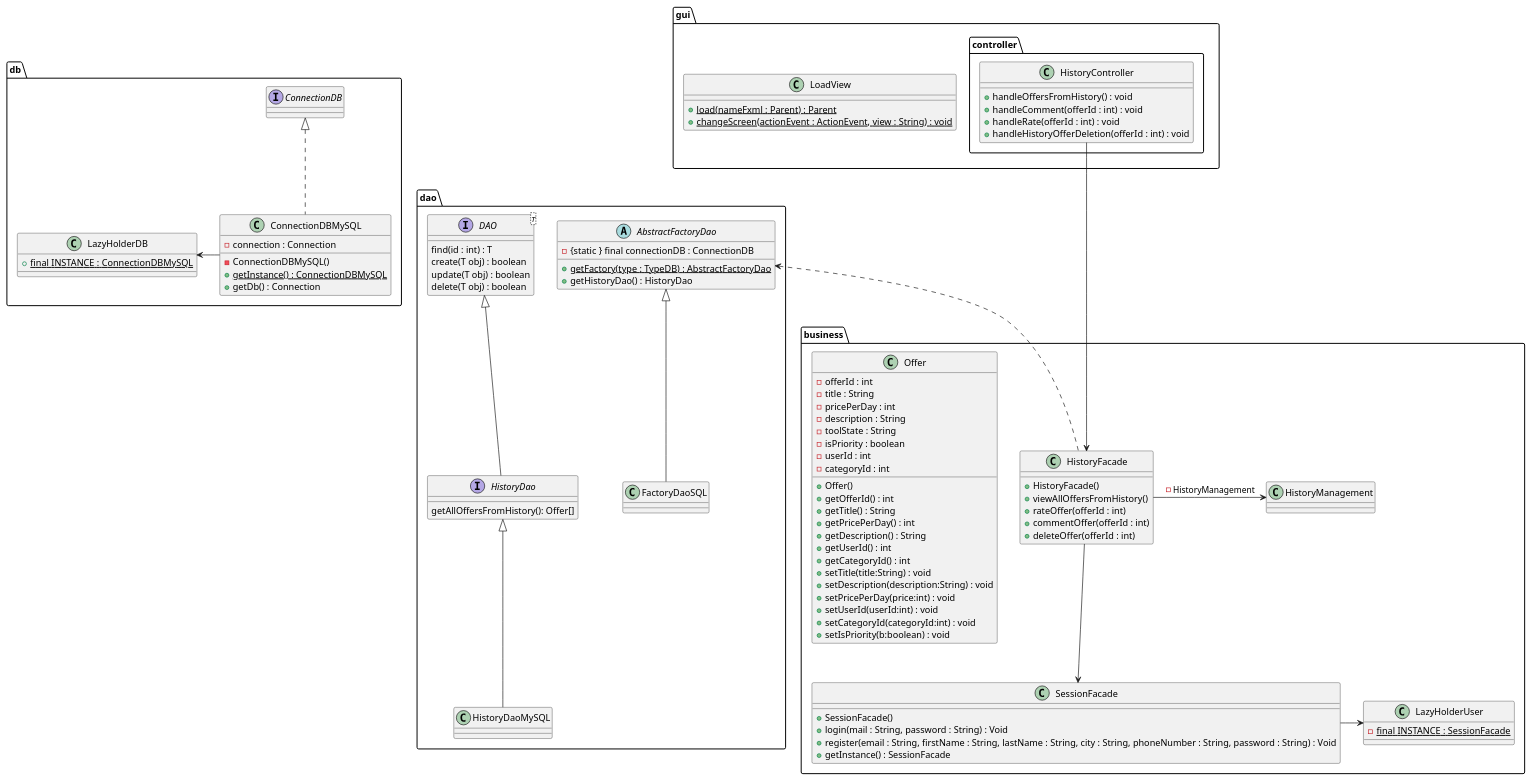
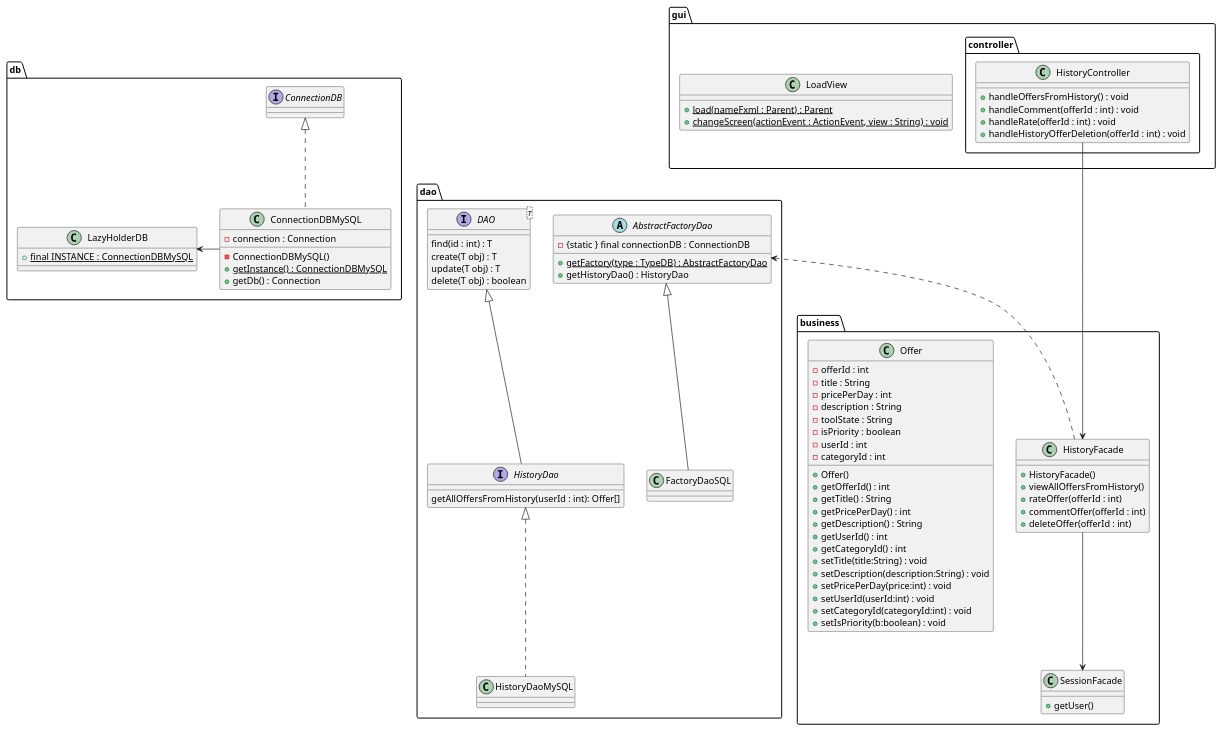
Before and after one commit to LaunoisRemy/ToolShare: the diagram in documents/diagram/history/historyClass.puml, drawn with PlantUML. The commit also changed 4 other files, not shown here.

Commit message:
UPDATE : history and reservation diagrams

```diff
--- a/documents/diagram/history/historyClass.puml
+++ b/documents/diagram/history/historyClass.puml
@@ -1,124 +1,109 @@
 @startuml
 
 package dao {
 
 
     interface HistoryDao{
-        getAllOffersFromHistory(): Offer[]
+        getAllOffersFromHistory(userId : int): Offer[]
     }
     class HistoryDaoMySQL
     AbstractFactoryDao <|-- FactoryDaoSQL
-    HistoryDao <|-- HistoryDaoMySQL
+    HistoryDao <|.. HistoryDaoMySQL
 
     interface DAO<T>{
         find(id : int) : T
-        create(T obj) : boolean
-        update(T obj) : boolean
+        create(T obj) : T
+        update(T obj) : T
         delete(T obj) : boolean
     }
 
     abstract AbstractFactoryDao{
         - {static } final connectionDB : ConnectionDB
         + {static} getFactory(type : TypeDB) : AbstractFactoryDao
         + getHistoryDao() : HistoryDao
     }
 
     class FactoryDaoSQL{
     }
 
 
     DAO <|-- HistoryDao
 }
 package db{
     class ConnectionDBMySQL{
         - connection : Connection
         - ConnectionDBMySQL()
         + {static} getInstance() : ConnectionDBMySQL
         + getDb() : Connection
     }
 
     class LazyHolderDB{
         + {static} final INSTANCE : ConnectionDBMySQL
     }
     interface ConnectionDB
     ConnectionDBMySQL -Left-> LazyHolderDB
     ConnectionDBMySQL .up.|> ConnectionDB
 
 }
 package business{
     class SessionFacade{
-            + SessionFacade()
-            + login(mail : String, password : String) : Void
-            + register(email : String, firstName : String, lastName : String, city : String, phoneNumber : String, password : String) : Void
-            + getInstance() : SessionFacade
+            + getUser()
         }
-
-        class LazyHolderUser{
-            -{static} final INSTANCE : SessionFacade
-        }
-
-        SessionFacade -> LazyHolderUser
-
 
     class HistoryFacade{
         + HistoryFacade()
         + viewAllOffersFromHistory()
         + rateOffer(offerId : int)
         + commentOffer(offerId : int)
         + deleteOffer(offerId : int)
     }
 
     class Offer{
         -offerId : int
         -title : String
         -pricePerDay : int
         -description : String
         -toolState : String
         -isPriority : boolean
         -userId : int
         -categoryId : int
         + Offer()
         + getOfferId() : int
         + getTitle() : String
         + getPricePerDay() : int
         + getDescription() : String
         + getUserId() : int
         + getCategoryId() : int
         + setTitle(title:String) : void
         + setDescription(description:String) : void
         + setPricePerDay(price:int) : void
         + setUserId(userId:int) : void
         + setCategoryId(categoryId:int) : void
         + setIsPriority(b:boolean) : void
     }
     HistoryFacade --> SessionFacade
 
-    class HistoryManagement{
-
-    }
-
-    HistoryFacade --Right> HistoryManagement : -HistoryManagement
 }
 
 package gui{
 
     class LoadView{
         + {static} load(nameFxml : Parent) : Parent
         + {static} changeScreen(actionEvent : ActionEvent, view : String) : void
     }
 
     package controller{
         class HistoryController{
             + handleOffersFromHistory() : void
             + handleComment(offerId : int) : void
             + handleRate(offerId : int) : void
             + handleHistoryOfferDeletion(offerId : int) : void
         }
     }
 }
 HistoryFacade <--Up- HistoryController
 HistoryFacade .Up.> AbstractFactoryDao
 
 
 
 @enduml
```
